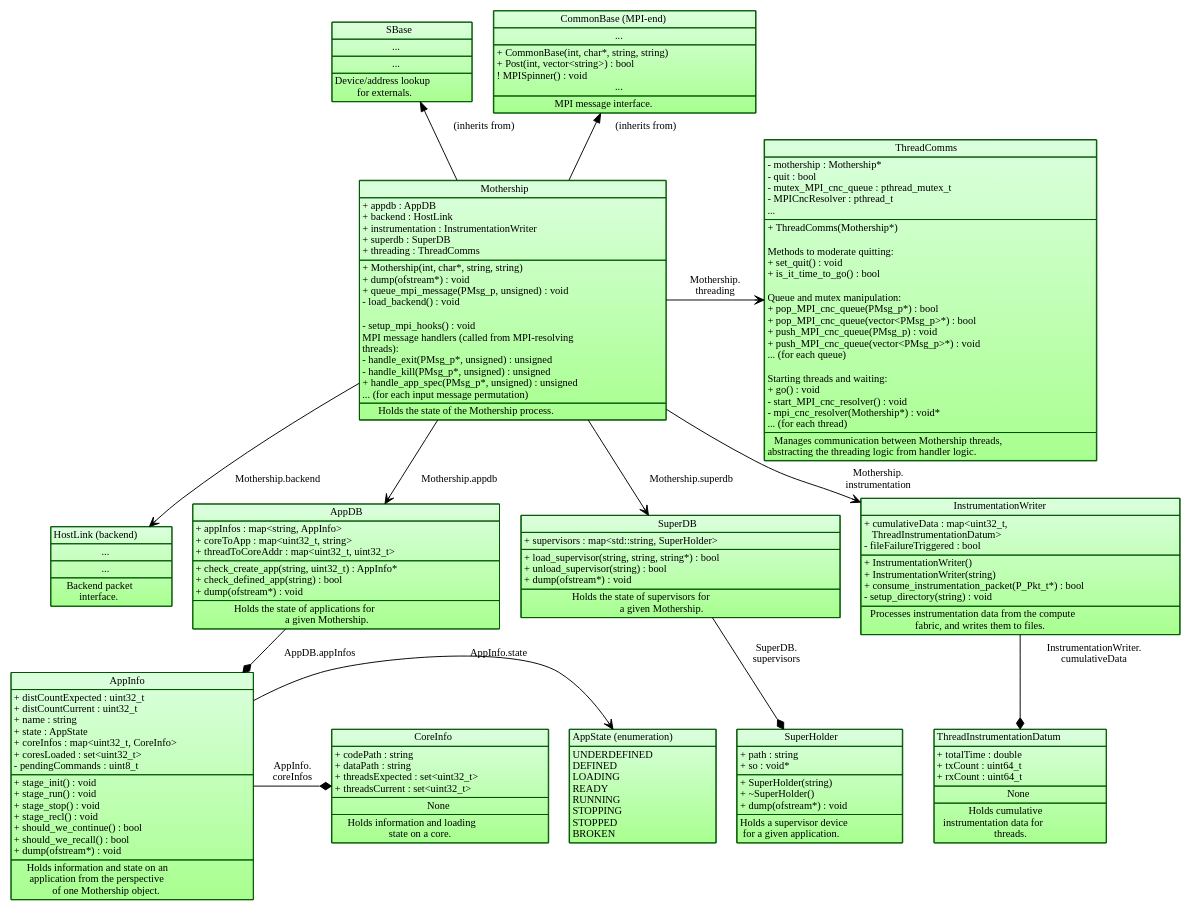
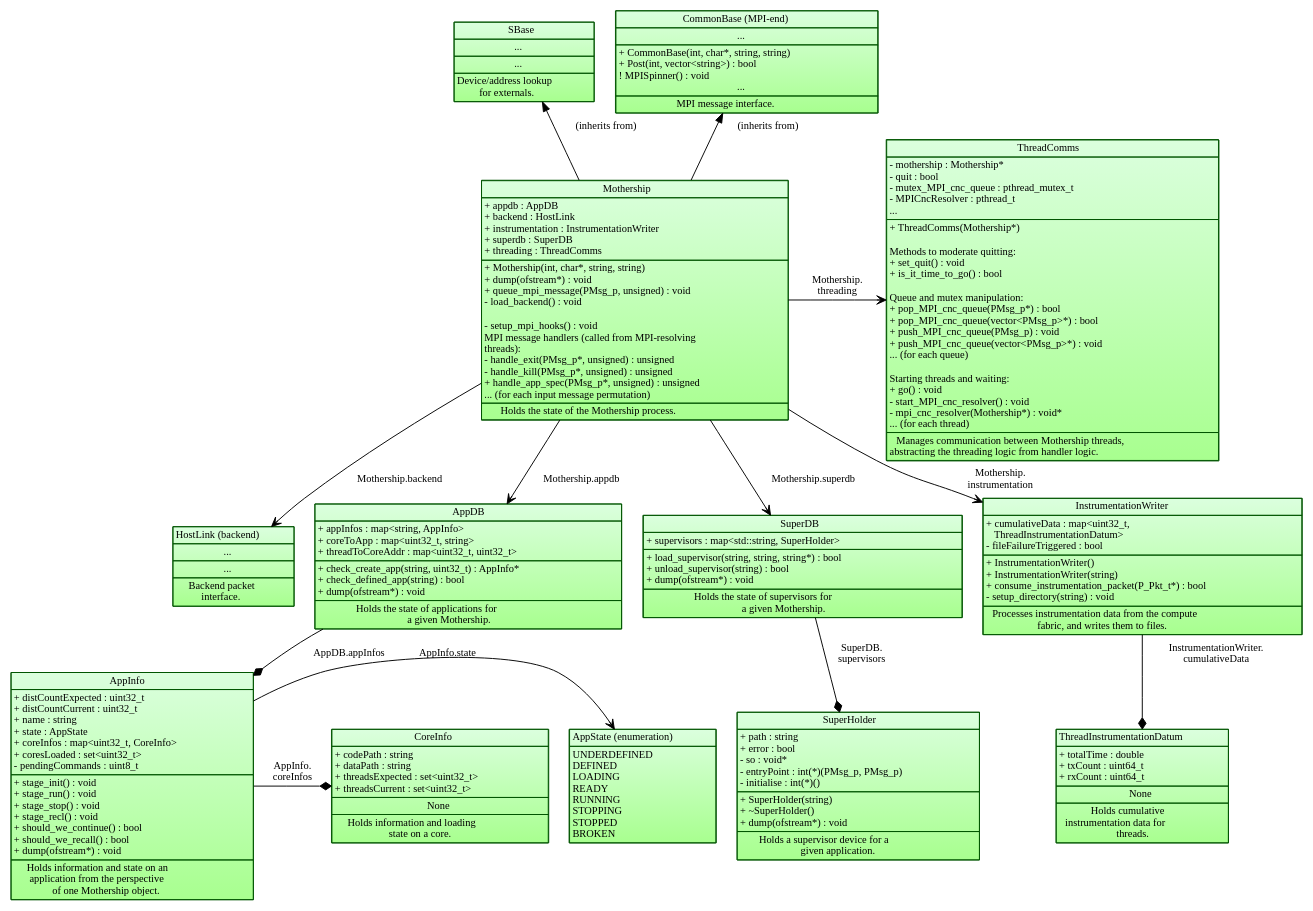
Before and after one commit to POETSII/orchestrator-documentation: the diagram in images/source/mothership_data_structure.dot, drawn with Graphviz. The commit also changed 1 other file, not shown here.

Commit message:
When loading a supervisor, preload its entry points.

```diff
--- a/images/source/mothership_data_structure.dot
+++ b/images/source/mothership_data_structure.dot
@@ -148,7 +148,10 @@
 <TR><TD>SuperHolder</TD></TR>
 <TR><TD ALIGN="LEFT">
 + path : string<BR ALIGN="LEFT"/>
-+ so : void*<BR ALIGN="LEFT"/>
++ error : bool<BR ALIGN="LEFT"/>
+- so : void*<BR ALIGN="LEFT"/>
+- entryPoint : int(*)(PMsg_p, PMsg_p)<BR ALIGN="LEFT"/>
+- initialise : int(*)()<BR ALIGN="LEFT"/>
 </TD></TR>
 <TR><TD ALIGN="LEFT">
 + SuperHolder(string)<BR ALIGN="LEFT"/>
@@ -156,8 +159,8 @@
 + dump(ofstream*) : void<BR ALIGN="LEFT"/>
 </TD></TR>
 <TR><TD ALIGN="TEXT">
-Holds a supervisor device<BR ALIGN="TEXT"/>
-for a given application.<BR ALIGN="TEXT"/>
+Holds a supervisor device for a<BR ALIGN="TEXT"/>
+given application.<BR ALIGN="TEXT"/>
 </TD></TR></TABLE>>];
 
     InstrumentationWriter[label=<<TABLE BORDER="0" CELLBORDER="1" CELLSPACING="0">
```
